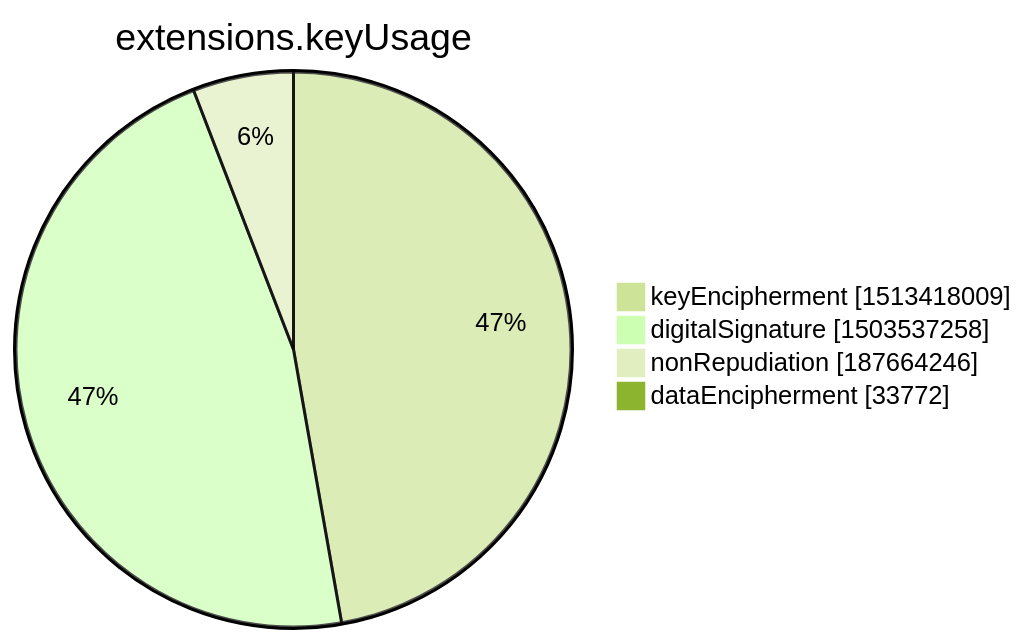
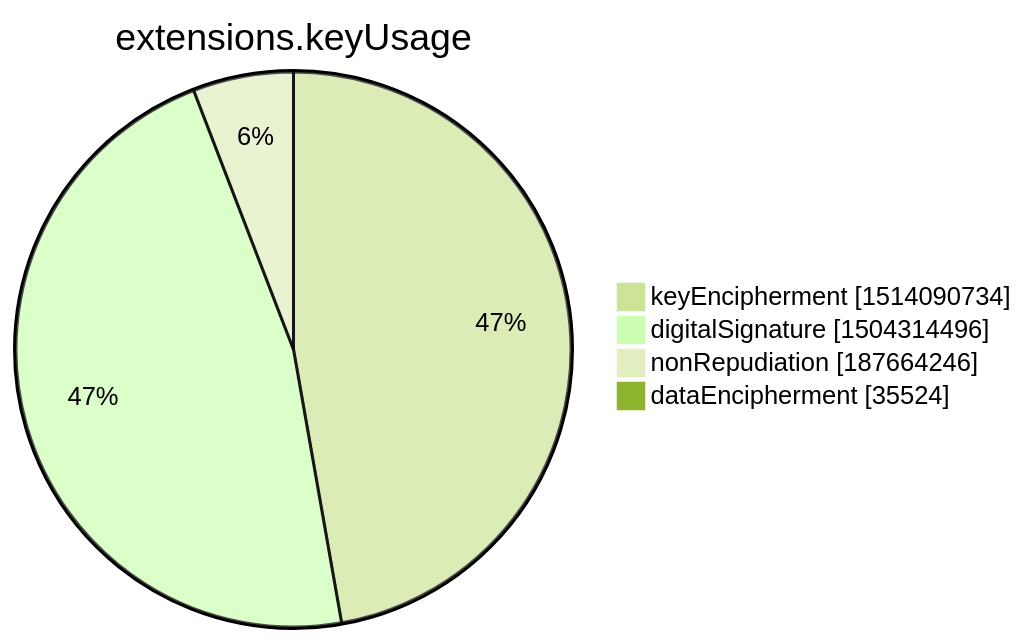
Before and after one commit to christiankrug/ctmonitor_visualization: the seventh of 15 diagrams in xenon2022/README.md, drawn with Mermaid (forest theme). The commit also changed other lines of this file, not shown here.

````diff
--- a/xenon2022/README.md
+++ b/xenon2022/README.md
@@ -2846,8 +2846,8 @@
 ```mermaid
 pie showData
 title extensions.keyUsage
-"keyEncipherment" :1513418009
-"digitalSignature" :1503537258
+"keyEncipherment" :1514090734
+"digitalSignature" :1504314496
 "nonRepudiation" :187664246
-"dataEncipherment" :33772
+"dataEncipherment" :35524
 ```
````
